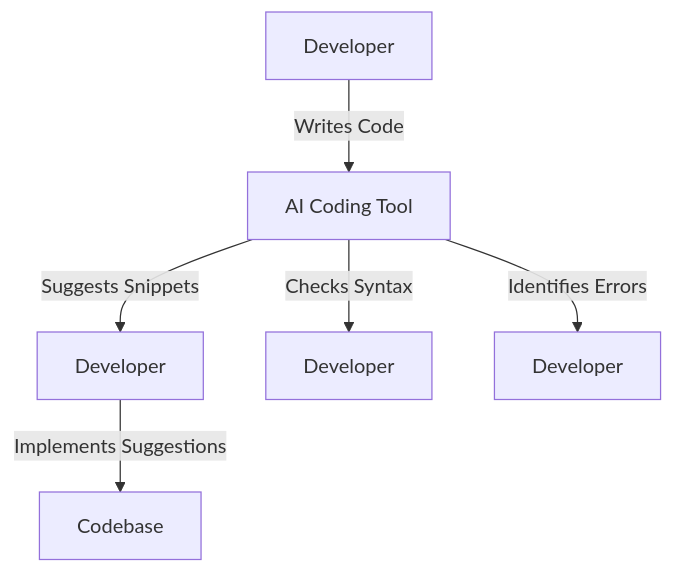
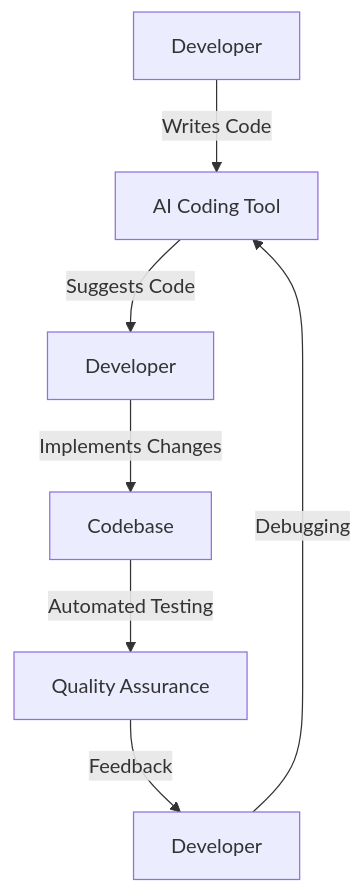
Before and after one commit to ai-tools-lab/ai-tools-lab.github.io: the diagram in content/posts/how-ai-coding-tools-are-revolutionizing-software-development.md, drawn with Mermaid. The commit also changed other lines of this file and 29 other files, not shown here.

````diff
--- a/content/posts/how-ai-coding-tools-are-revolutionizing-software-development.md
+++ b/content/posts/how-ai-coding-tools-are-revolutionizing-software-development.md
@@ -33,8 +99,9 @@
 ```mermaid
 graph TD;
     A[Developer] -->|Writes Code| B[AI Coding Tool]
-    B -->|Suggests Snippets| C[Developer]
-    B -->|Checks Syntax| D[Developer]
-    B -->|Identifies Errors| E[Developer]
-    C -->|Implements Suggestions| F[Codebase]
+    B -->|Suggests Code| C[Developer]
+    C -->|Implements Changes| D[Codebase]
+    D -->|Automated Testing| E[Quality Assurance]
+    E -->|Feedback| F[Developer]
+    F -->|Debugging| B
 ```
````
